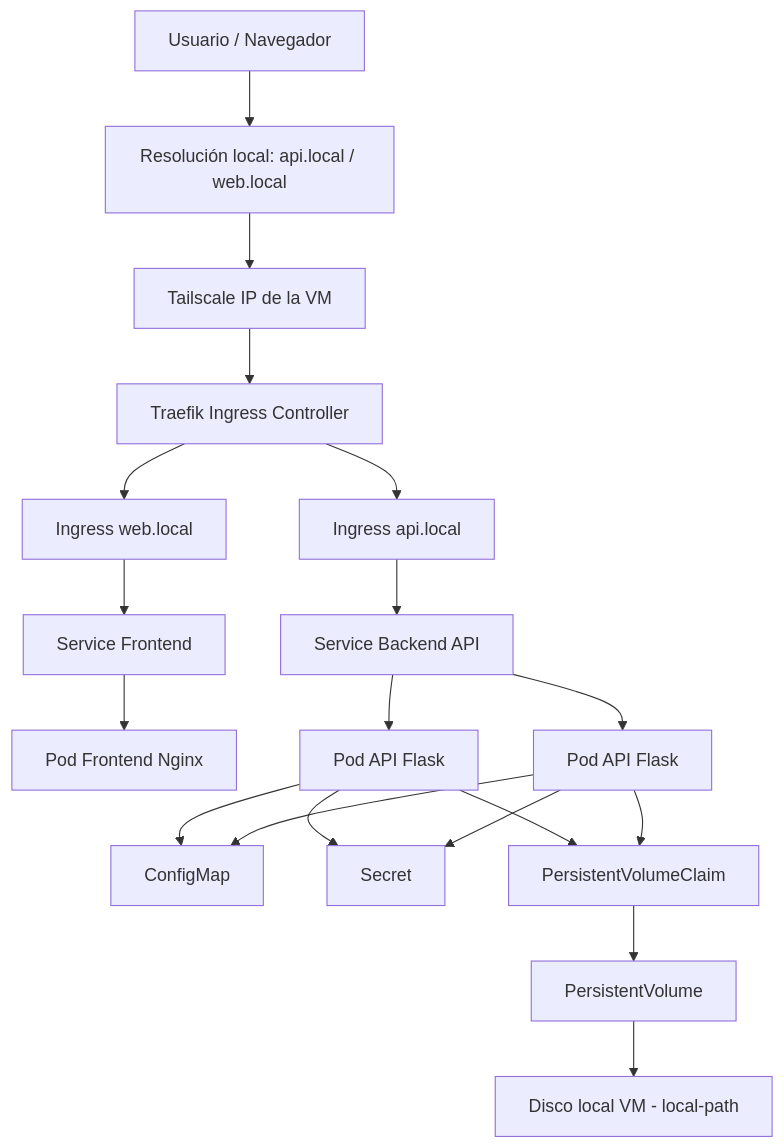
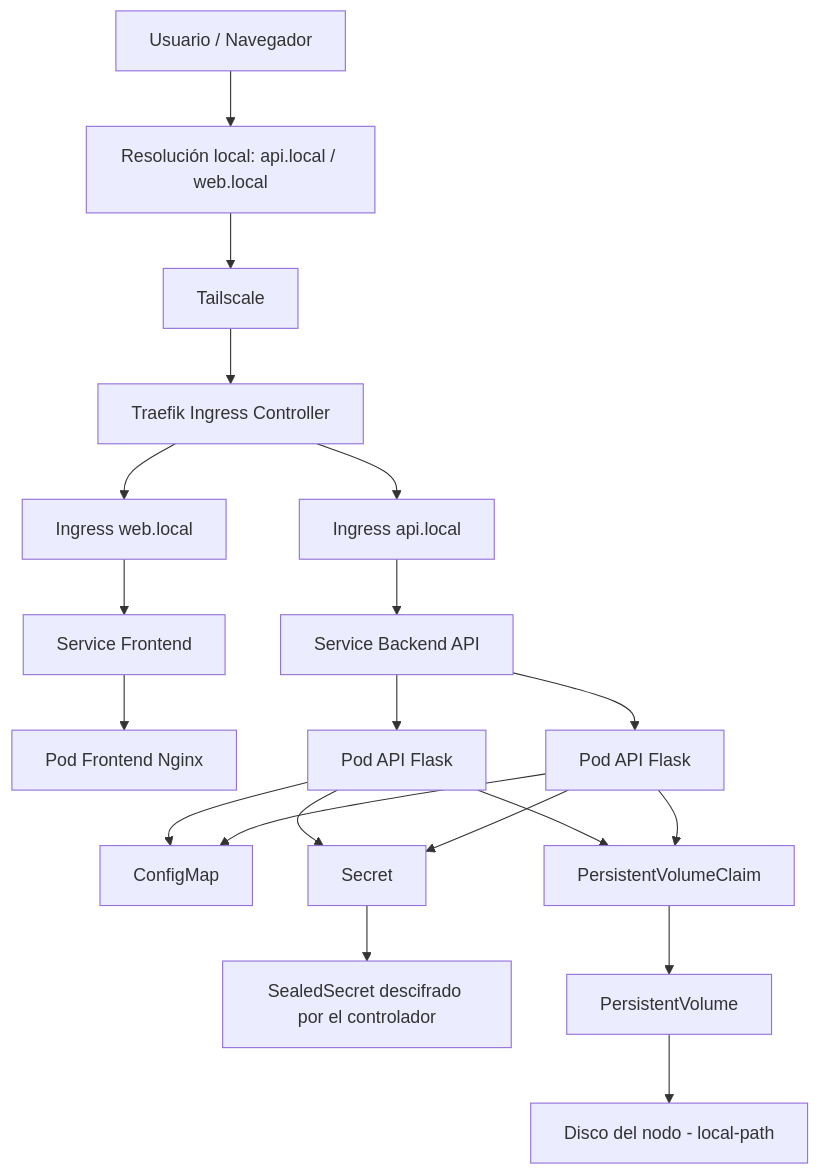
The first of 4 diagrams in README.md (oscarHidalgo93/devops-project), drawn with Mermaid before and after one commit. The commit also changed other lines of this file, not shown here.

Commit message:
docs: corregir y actualizar los diagramas mermaid
El diagrama de la sección 4 tenía un corchete sin cerrar en el nodo Secret, lo que
impedía que mermaid lo renderizara. Se corrige también el nodo Data, que usaba
comillas simples: mermaid no las trata como delimitador de cadena.

En la sección 3 se retira la referencia exclusiva a la VM, ahora que el acceso por
Tailscale cubre dos clusters, y se refleja que el Secret lo produce el controlador
de Sealed Secrets a partir del objeto cifrado.

````diff
--- a/README.md
+++ b/README.md
@@ -53,28 +53,30 @@
 ```mermaid
 flowchart TD
     User[Usuario / Navegador] --> Hosts[Resolución local: api.local / web.local]
-    Hosts --> Tailscale[Tailscale IP de la VM]
+    Hosts --> Tailscale[Tailscale]
     Tailscale --> Traefik[Traefik Ingress Controller]
 
     Traefik --> WebIngress[Ingress web.local]
     Traefik --> ApiIngress[Ingress api.local]
 
     WebIngress --> WebService[Service Frontend]
     ApiIngress --> ApiService[Service Backend API]
 
     WebService --> WebPod[Pod Frontend Nginx]
 
     ApiService --> ApiPod1[Pod API Flask]
     ApiService --> ApiPod2[Pod API Flask]
 
     ApiPod1 --> ConfigMap[ConfigMap]
     ApiPod1 --> Secret[Secret]
     ApiPod1 --> PVC[PersistentVolumeClaim]
 
     ApiPod2 --> ConfigMap
     ApiPod2 --> Secret
     ApiPod2 --> PVC
 
+    Secret --> Sealed[SealedSecret descifrado por el controlador]
+
     PVC --> PV[PersistentVolume]
-    PV --> Disk[Disco local VM - local-path]
+    PV --> Disk[Disco del nodo - local-path]
 ```
````
